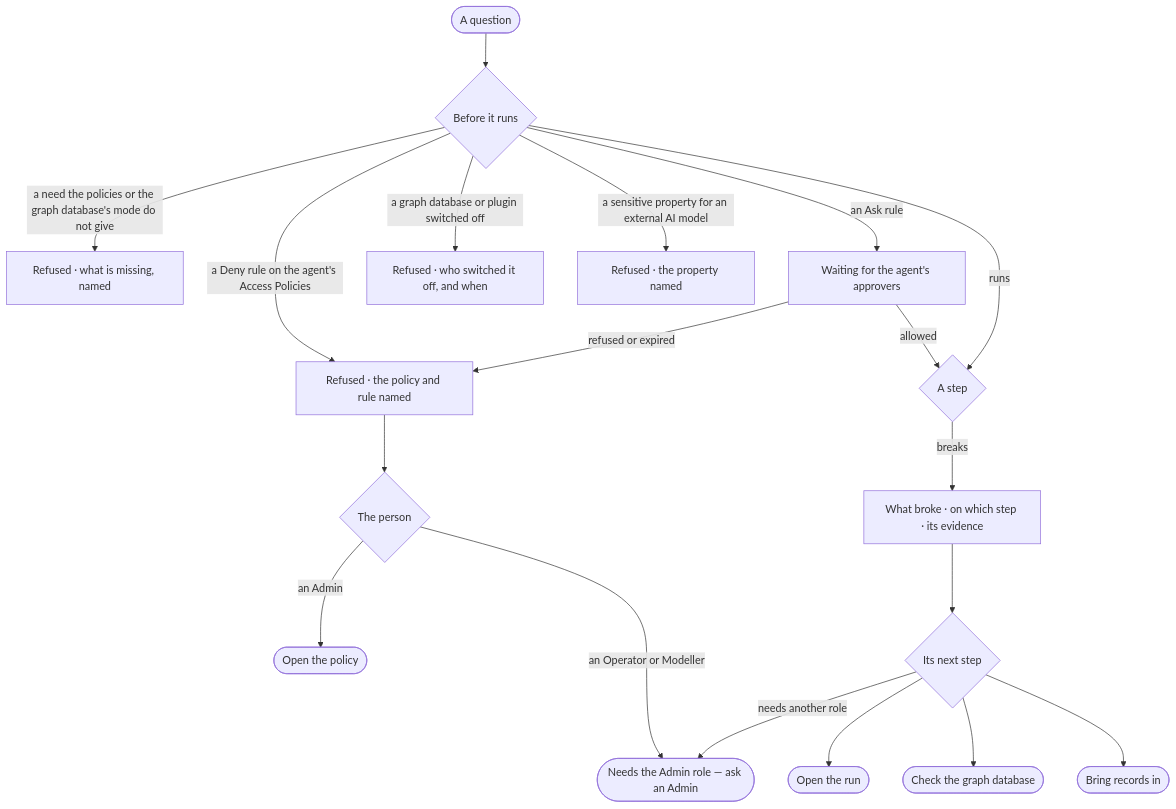
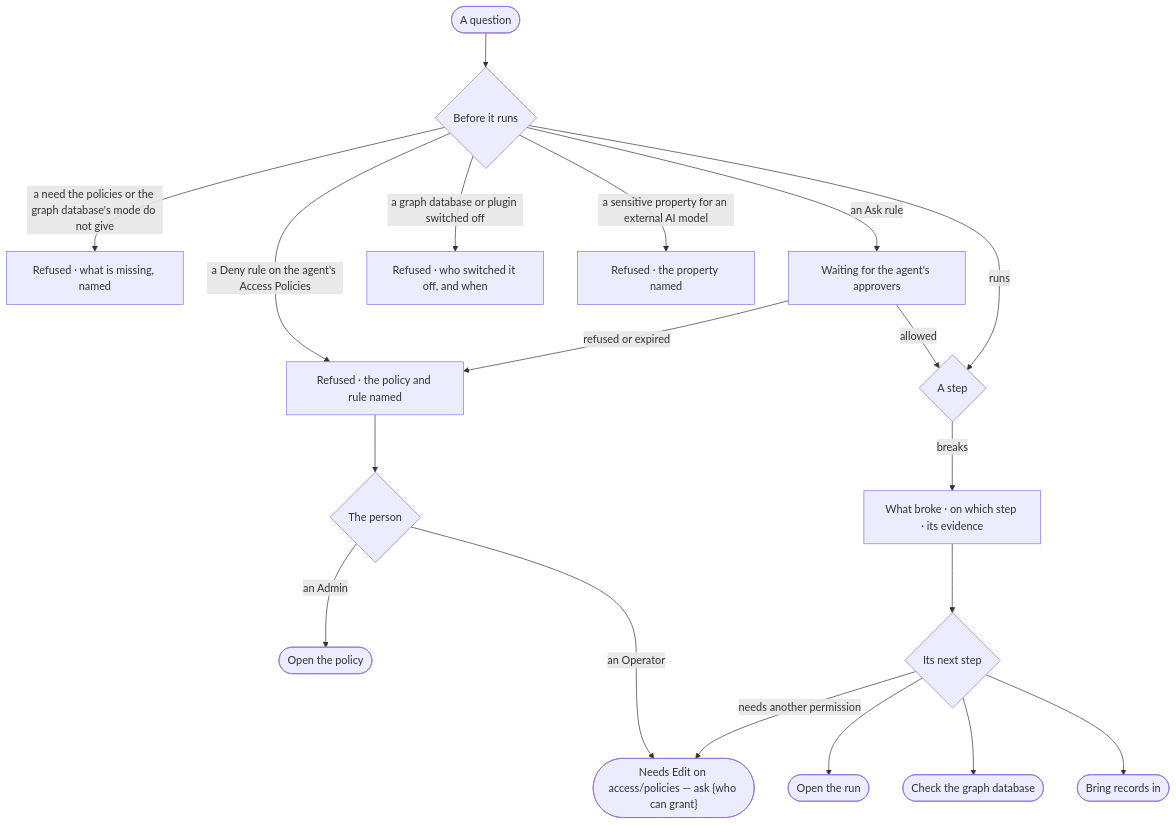
Before and after one commit to invana/invana: the diagram in specs/capabilities/explore/features/EX-F05-when-it-cannot-answer-and-how-it-reasons/stories/EX-06-a-refusal-or-a-failure-that-says-why/story.md, drawn with Mermaid. The commit also changed other lines of this file and 228 other files, not shown here.

````diff
--- a/specs/capabilities/explore/features/EX-F05-when-it-cannot-answer-and-how-it-reasons/stories/EX-06-a-refusal-or-a-failure-that-says-why/story.md
+++ b/specs/capabilities/explore/features/EX-F05-when-it-cannot-answer-and-how-it-reasons/stories/EX-06-a-refusal-or-a-failure-that-says-why/story.md
@@ -27,21 +27,21 @@
 ```mermaid
 flowchart TD
   a([A question]) --> b{Before it runs}
   b -->|a Deny rule on the agent's Access Policies| r["Refused · the policy and rule named"]
   b -->|a need the policies or the graph database's mode do not give| w["Refused · what is missing, named"]
   b -->|an Ask rule| ask["Waiting for the agent's approvers"]
   ask -->|allowed| s
   ask -->|refused or expired| r
   b -->|a graph database or plugin switched off| off["Refused · who switched it off, and when"]
   b -->|a sensitive property for an external AI model| sen["Refused · the property named"]
   r --> o{The person}
   o -->|an Admin| cr(["Open the policy"])
-  o -->|an Operator or Modeller| ao(["Needs the Admin role — ask an Admin"])
+  o -->|an Operator| ao(["Needs Edit on access/policies — ask {who can grant}"])
   b -->|runs| s{A step}
   s -->|breaks| d["What broke · on which step · its evidence"]
   d --> n{"Its next step"}
   n --> t(["Open the run"])
   n --> c(["Check the graph database"])
   n --> l(["Bring records in"])
-  n -->|needs another role| ao
+  n -->|needs another permission| ao
 ```
````
